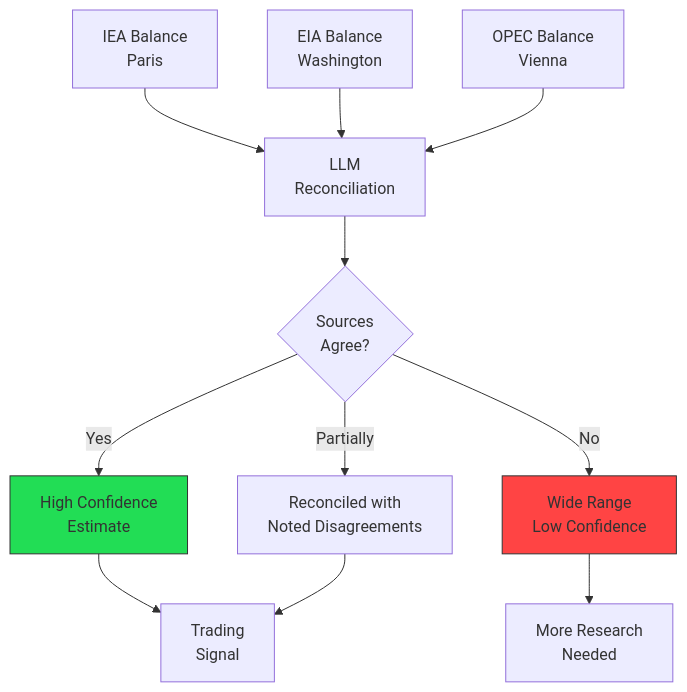
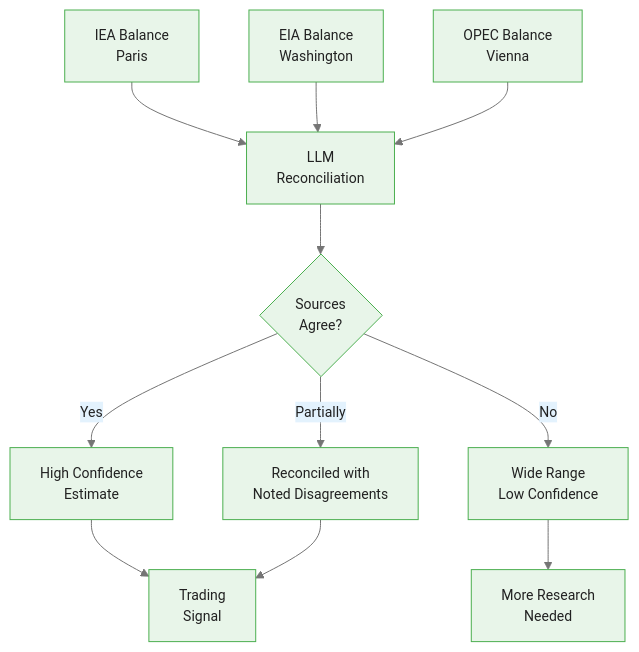
The third of 5 diagrams in courses/genai-commodities/modules/module_04_fundamentals/guides/01_balance_modeling_slides.md (m-deane/course-creator), drawn with Mermaid before and after one commit. The commit also changed other lines of this file and 84 other files, not shown here.

````diff
--- a/courses/genai-commodities/modules/module_04_fundamentals/guides/01_balance_modeling_slides.md
+++ b/courses/genai-commodities/modules/module_04_fundamentals/guides/01_balance_modeling_slides.md
@@ -301,18 +341,16 @@
 ```mermaid
+%%{init: {"theme": "base", "themeVariables": {"primaryColor": "#e8f5e9", "primaryBorderColor": "#4caf50", "primaryTextColor": "#212121", "secondaryColor": "#e3f2fd", "tertiaryColor": "#fff8e1", "lineColor": "#757575", "fontFamily": "Inter, sans-serif", "fontSize": "14px"}}}%%
 flowchart TD
     A[IEA Balance<br/>Paris] --> D[LLM<br/>Reconciliation]
     B[EIA Balance<br/>Washington] --> D
     C[OPEC Balance<br/>Vienna] --> D
 
     D --> E{Sources<br/>Agree?}
     E -->|Yes| F[High Confidence<br/>Estimate]
     E -->|Partially| G[Reconciled with<br/>Noted Disagreements]
     E -->|No| H[Wide Range<br/>Low Confidence]
 
     F --> I[Trading<br/>Signal]
     G --> I
     H --> J[More Research<br/>Needed]
-
-    style F fill:#2d5,stroke:#333
-    style H fill:#f44,stroke:#333
 ```
````
